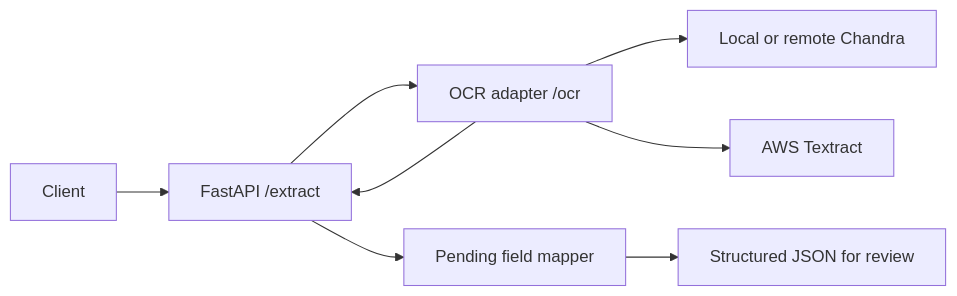
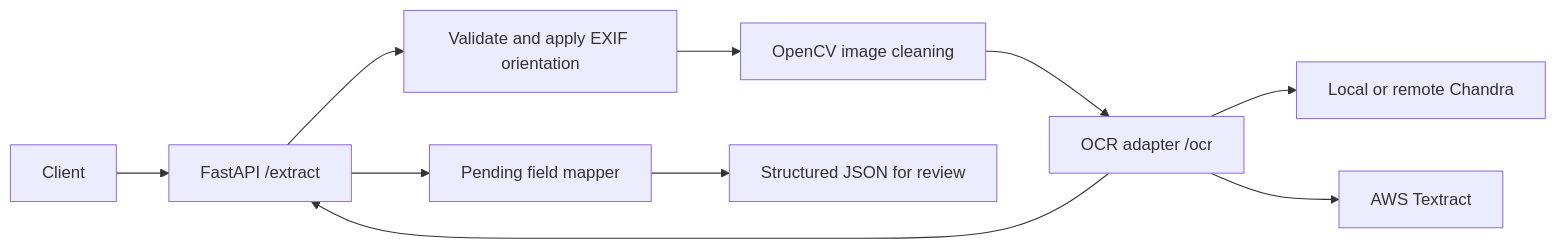
The diagram in docs/explanation.md (PedroCBrito/AmazoniaHack-Challenge-2), drawn with Mermaid before and after one commit. The commit also changed other lines of this file and 20 other files, not shown here.

First line of the commit message:
feat(ocr): add OpenCV image cleaning before recognition (#4)

````diff
--- a/docs/explanation.md
+++ b/docs/explanation.md
@@ -7,10 +7,12 @@
 ```mermaid
 flowchart LR
     Client --> API[FastAPI /extract]
-    API --> Adapter[OCR adapter /ocr]
+    API --> Validate[Validate and apply EXIF orientation]
+    Validate --> Clean[OpenCV image cleaning]
+    Clean --> Adapter[OCR adapter /ocr]
     Adapter --> Chandra[Local or remote Chandra]
     Adapter --> Textract[AWS Textract]
     Adapter --> API
     API --> Mapper[Pending field mapper]
     Mapper --> Result[Structured JSON for review]
 ```
````
